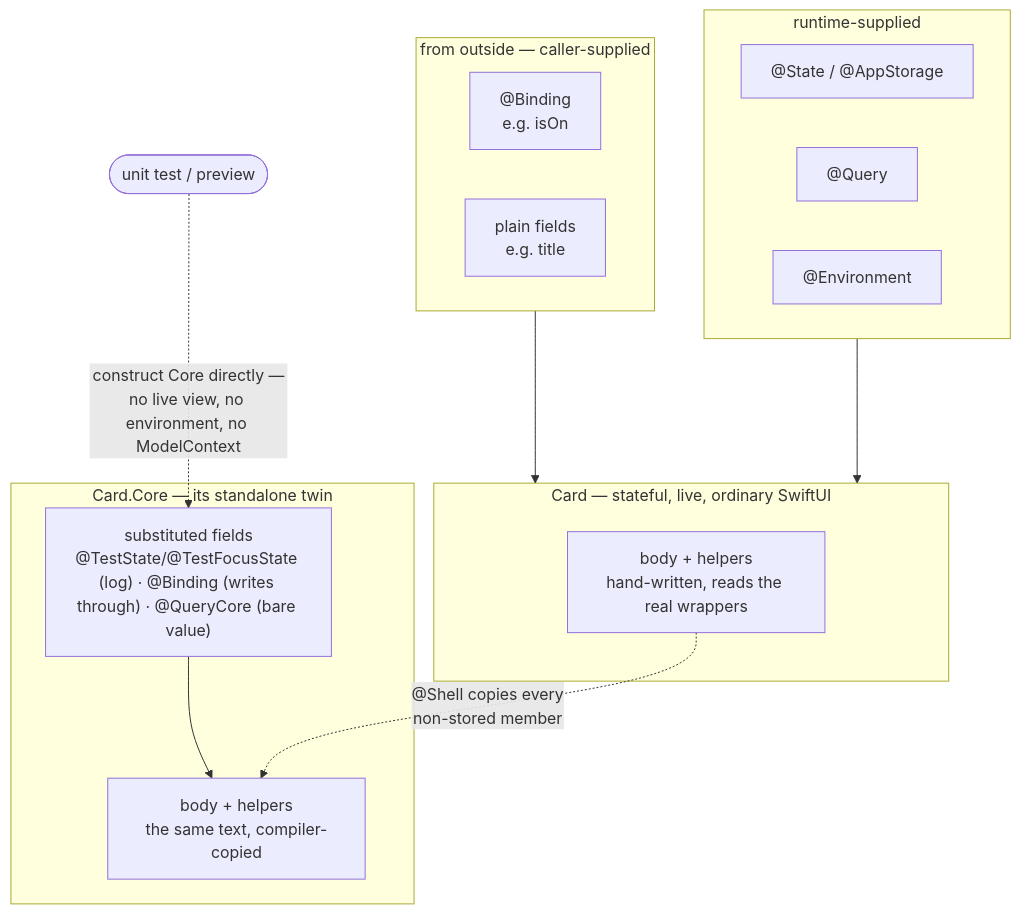
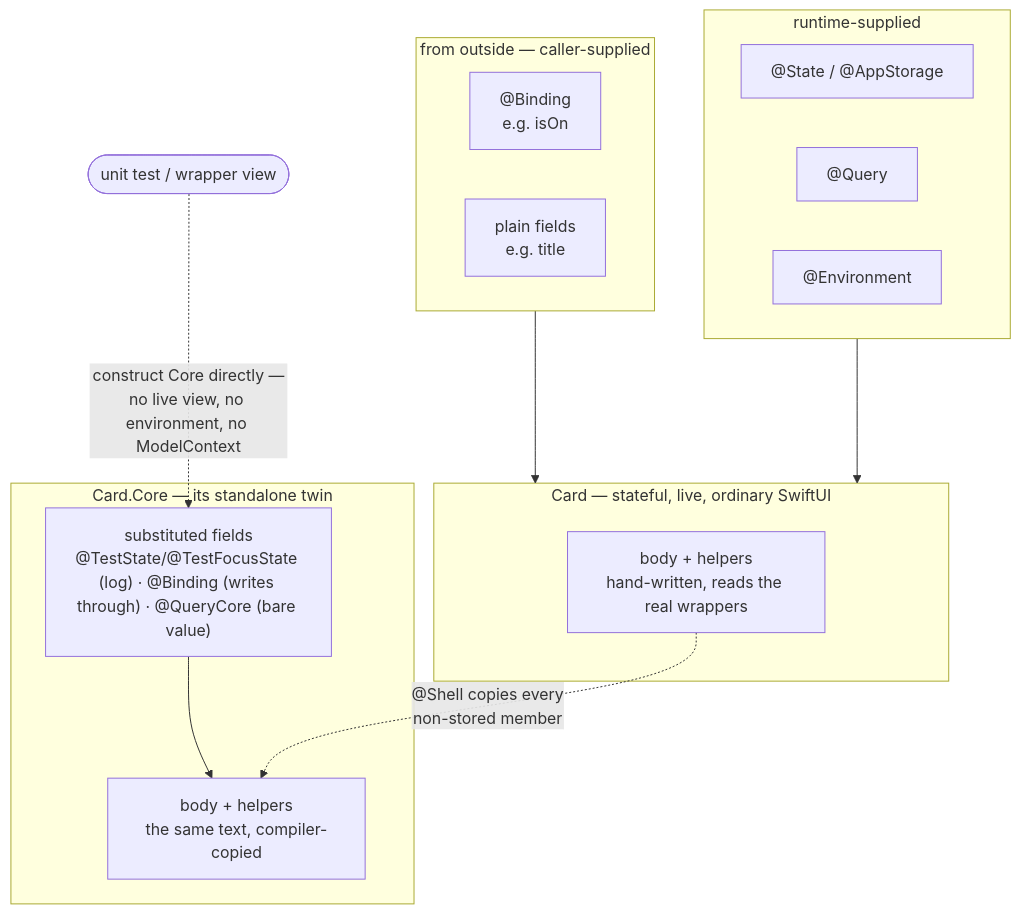
One commit to sisoje/swift-core-flow changed the first of 3 diagrams in README.md. Above: the diagram before and after it, drawn with Mermaid. The commit also changed other lines of this file, not shown here.

Commit message:
README: the #Preview cross-expansion rule gets its own section — previews reach Core through a hand-written wrapper, never by naming it

````diff
--- a/README.md
+++ b/README.md
@@ -323,29 +323,29 @@
 ```mermaid
 flowchart TD
     subgraph Outside["from outside — caller-supplied"]
         Bind["@Binding<br/>e.g. isOn"]
         Plain["plain fields<br/>e.g. title"]
     end
 
     subgraph SOT["runtime-supplied"]
         State["@State / @AppStorage"]
         Query["@Query"]
         Env["@Environment"]
     end
 
     Outside --> Card
     SOT --> Card
 
     subgraph Card["Card — stateful, live, ordinary SwiftUI"]
         CardBody["body + helpers<br/>hand-written, reads the real wrappers"]
     end
 
     subgraph SN["Card.Core — its standalone twin"]
         Fields["substituted fields<br/>@TestState/@TestFocusState (log) · @Binding (writes through) · @QueryCore (bare value)"]
         SNBody["body + helpers<br/>the same text, compiler-copied"]
         Fields --> SNBody
     end
 
     CardBody -. "@Shell copies every<br/>non-stored member" .-> SNBody
-    Test(["unit test / preview"]) -. "construct Core directly —<br/>no live view, no environment, no ModelContext" .-> Fields
+    Test(["unit test / wrapper view"]) -. "construct Core directly —<br/>no live view, no environment, no ModelContext" .-> Fields
 ```
````
